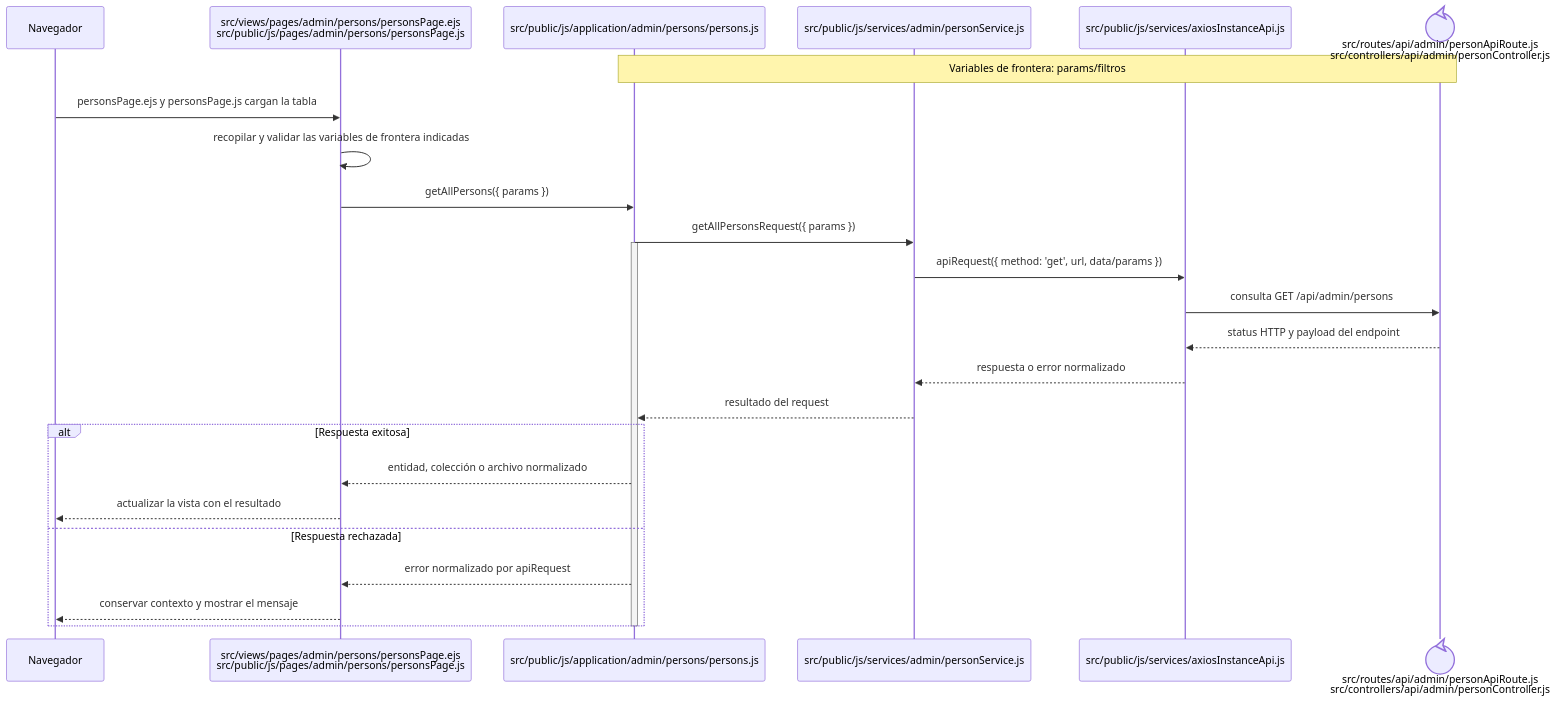
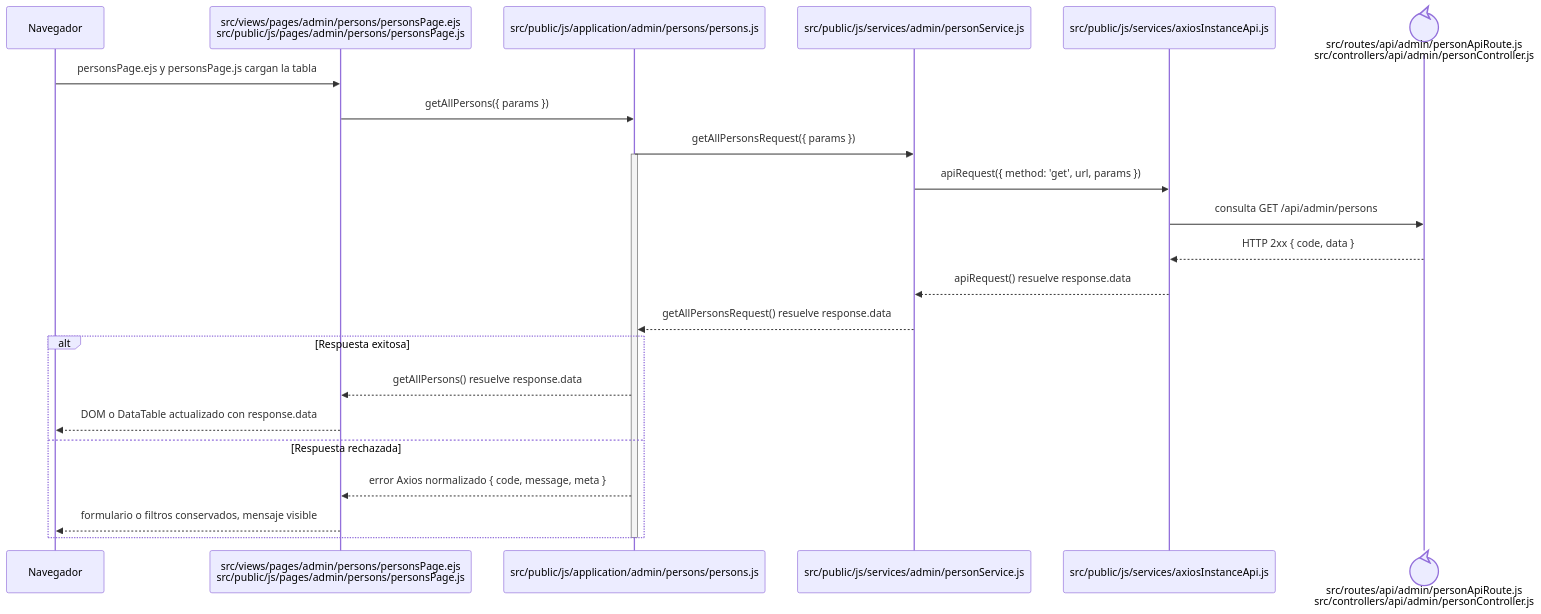
One commit to gpgsistemas01/nexus changed the diagram in docs/architecture/frontend-code-sequences/identity-access/cu-ida-01.md. Above: the diagram before and after it, drawn with Mermaid. The commit also changed 148 other files, not shown here.

````diff
--- a/docs/architecture/frontend-code-sequences/identity-access/cu-ida-01.md
+++ b/docs/architecture/frontend-code-sequences/identity-access/cu-ida-01.md
@@ -6,29 +6,27 @@
 ```mermaid
 sequenceDiagram
     participant Browser as Navegador
     participant View as src/views/pages/admin/persons/personsPage.ejs<br/>src/public/js/pages/admin/persons/personsPage.js
     participant Application as src/public/js/application/admin/persons/persons.js
     participant Request as src/public/js/services/admin/personService.js
     participant HTTP as src/public/js/services/axiosInstanceApi.js
     participant Transport@{ "type": "control" } as src/routes/api/admin/personApiRoute.js<br/>src/controllers/api/admin/personController.js
-    Note over Application,Transport: Variables de frontera: params/filtros
 
     Browser->>View: personsPage.ejs y personsPage.js cargan la tabla
-    View->>View: recopilar y validar las variables de frontera indicadas
     View->>Application: getAllPersons({ params })
     Application->>Request: getAllPersonsRequest({ params })
     activate Application
-    Request->>HTTP: apiRequest({ method: 'get', url, data/params })
+    Request->>HTTP: apiRequest({ method: 'get', url, params })
     HTTP->>Transport: consulta GET /api/admin/persons
-    Transport-->>HTTP: status HTTP y payload del endpoint
-    HTTP-->>Request: respuesta o error normalizado
-    Request-->>Application: resultado del request
+    Transport-->>HTTP: HTTP 2xx { code, data }
+    HTTP-->>Request: apiRequest() resuelve response.data
+    Request-->>Application: getAllPersonsRequest() resuelve response.data
     alt Respuesta exitosa
-        Application-->>View: entidad, colección o archivo normalizado
-        View-->>Browser: actualizar la vista con el resultado
+        Application-->>View: getAllPersons() resuelve response.data
+        View-->>Browser: DOM o DataTable actualizado con response.data
     else Respuesta rechazada
-        Application-->>View: error normalizado por apiRequest
-        View-->>Browser: conservar contexto y mostrar el mensaje
+        Application-->>View: error Axios normalizado { code, message, meta }
+        View-->>Browser: formulario o filtros conservados, mensaje visible
     end
     deactivate Application
 ```
````
